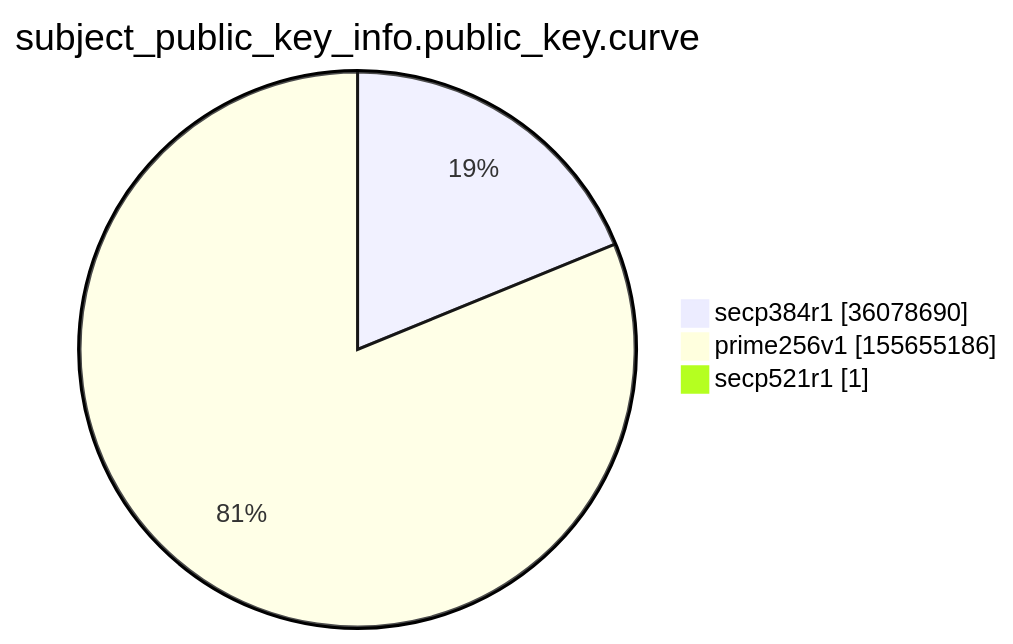
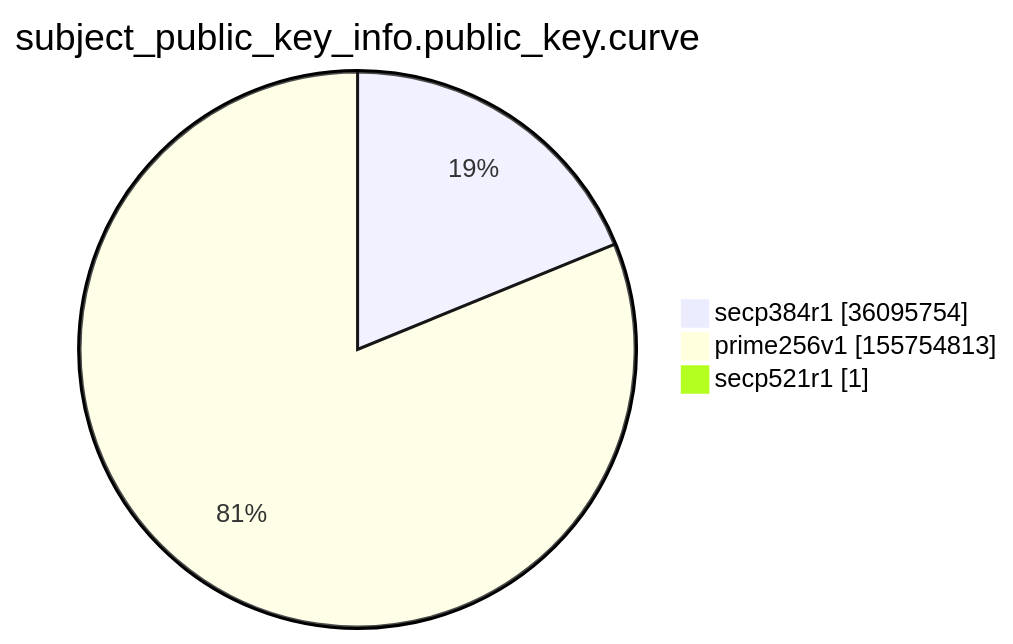
Before and after one commit to christiankrug/ctmonitor_visualization: the ninth of 15 diagrams in argon2022/README.md, drawn with Mermaid. The commit also changed other lines of this file, not shown here.

````diff
--- a/argon2022/README.md
+++ b/argon2022/README.md
@@ -2766,7 +2766,7 @@
 ```mermaid
 pie showData
 title subject_public_key_info.public_key.curve
-"secp384r1" :36078690
-"prime256v1" :155655186
+"secp384r1" :36095754
+"prime256v1" :155754813
 "secp521r1" :1
 ```
````
